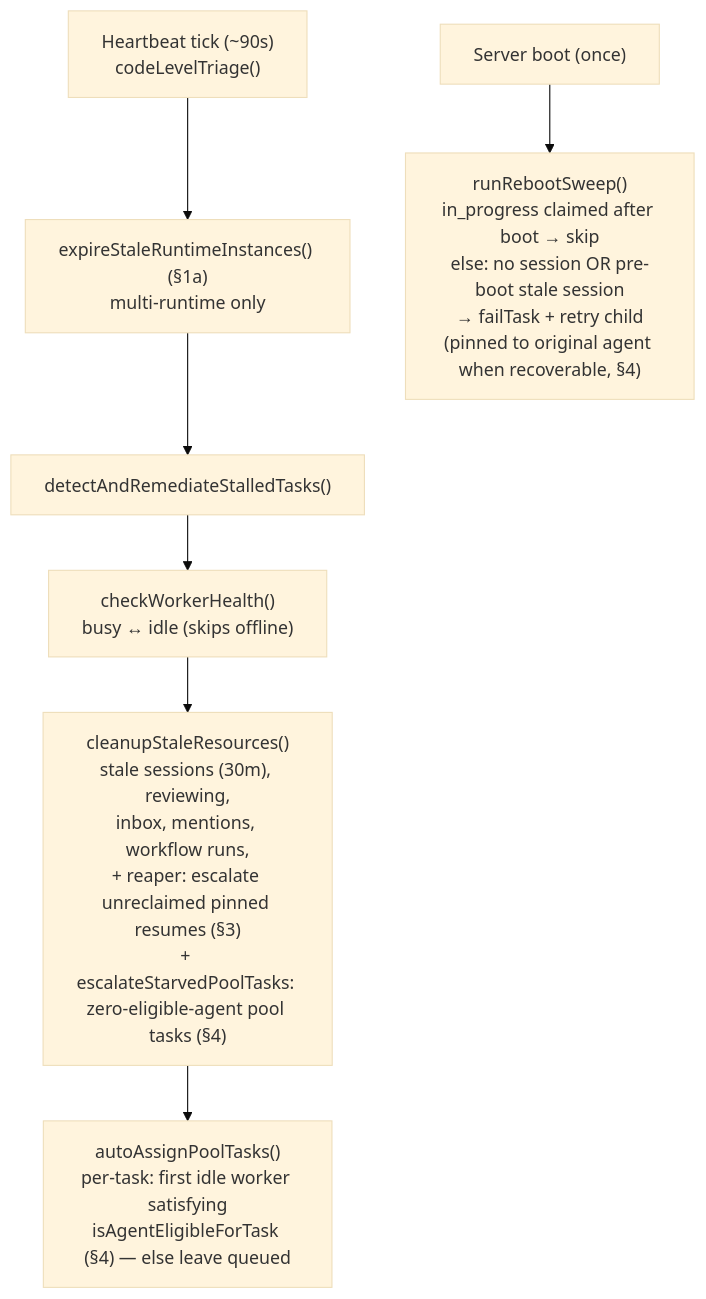
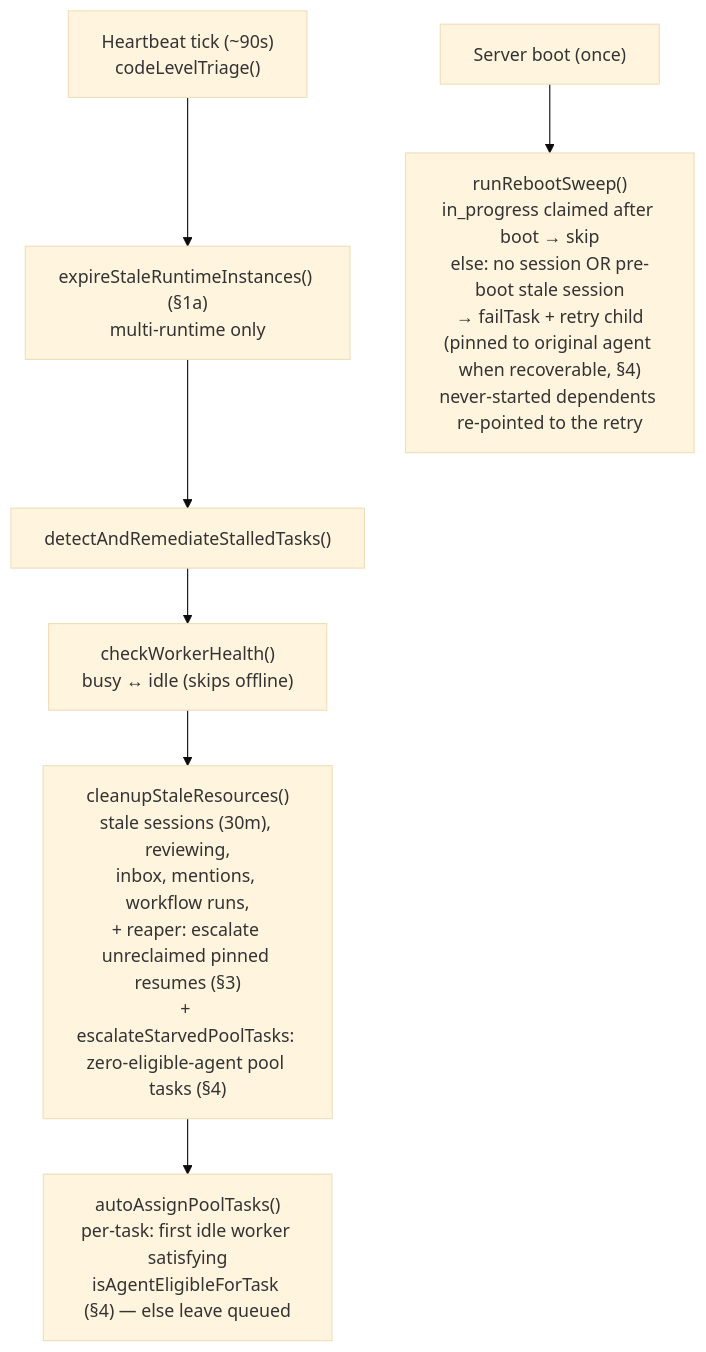
One commit to desplega-ai/agent-swarm changed the first of 4 diagrams in runbooks/heartbeat-crash-recovery.md. Above: the diagram before and after it, drawn with Mermaid (base theme). The commit also changed other lines of this file and 6 other files, not shown here.

First line of the commit message:
fix(heartbeat): re-point reboot-swept dependents to the retry child

````diff
--- a/runbooks/heartbeat-crash-recovery.md
+++ b/runbooks/heartbeat-crash-recovery.md
@@ -15,10 +15,10 @@
 ```mermaid
 flowchart TD
   tick["Heartbeat tick (~90s)<br/>codeLevelTriage()"] --> expire["expireStaleRuntimeInstances() (§1a)<br/>multi-runtime only"]
   expire --> detect["detectAndRemediateStalledTasks()"]
   detect --> health["checkWorkerHealth()<br/>busy ↔ idle (skips offline)"]
   health --> cleanup["cleanupStaleResources()<br/>stale sessions (30m), reviewing,<br/>inbox, mentions, workflow runs,<br/>+ reaper: escalate unreclaimed pinned resumes (§3)<br/>+ escalateStarvedPoolTasks: zero-eligible-agent pool tasks (§4)"]
   cleanup --> assign["autoAssignPoolTasks()<br/>per-task: first idle worker satisfying<br/>isAgentEligibleForTask (§4) — else leave queued"]
 
-  boot["Server boot (once)"] --> reboot["runRebootSweep()<br/>in_progress claimed after boot → skip<br/>else: no session OR pre-boot stale session<br/>→ failTask + retry child<br/>(pinned to original agent when recoverable, §4)"]
+  boot["Server boot (once)"] --> reboot["runRebootSweep()<br/>in_progress claimed after boot → skip<br/>else: no session OR pre-boot stale session<br/>→ failTask + retry child<br/>(pinned to original agent when recoverable, §4)<br/>never-started dependents re-pointed to the retry"]
 ```
````
